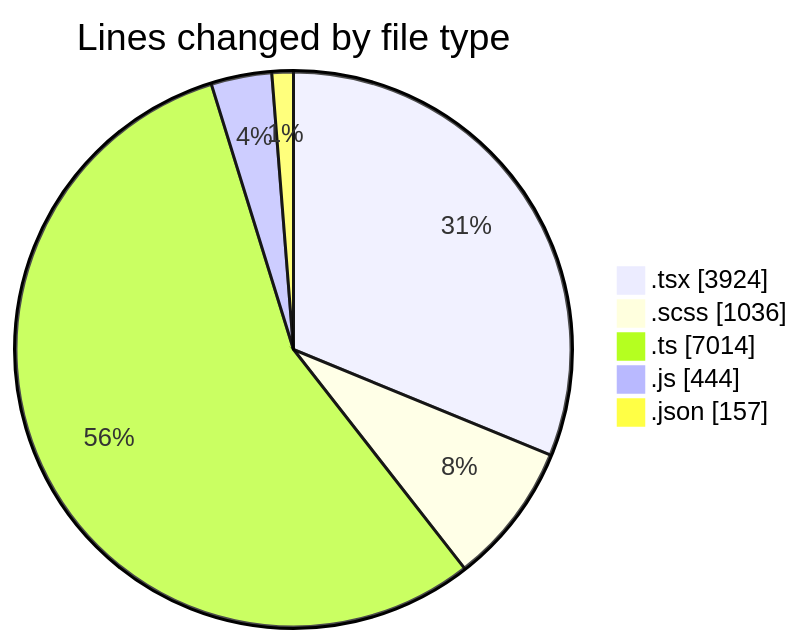
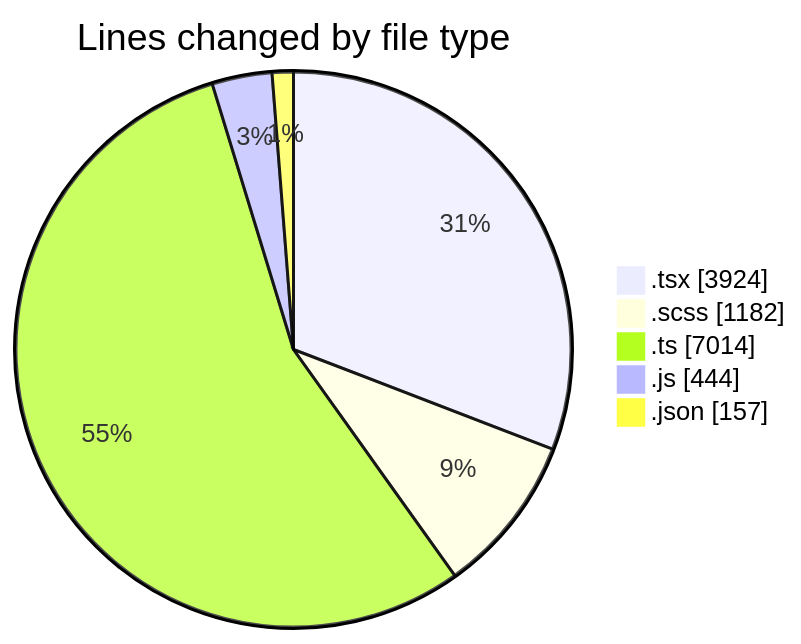
The first of 2 diagrams in 2026-04-23/cda/README.md (momahboobian/code-tracking), drawn with Mermaid before and after one commit. The commit also changed other lines of this file and 1 other file, not shown here.

````diff
--- a/2026-04-23/cda/README.md
+++ b/2026-04-23/cda/README.md
@@ -43,9 +43,9 @@
 ```mermaid
 pie showData
 title Lines changed by file type
 ".tsx" : 3924
-".scss" : 1036
+".scss" : 1182
 ".ts" : 7014
 ".js" : 444
 ".json" : 157
 ```
````
